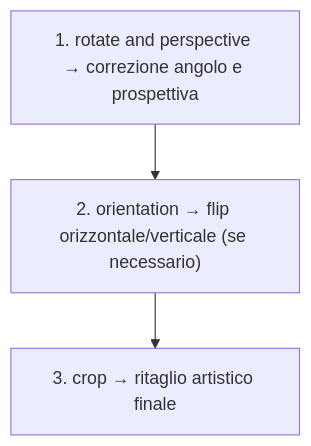
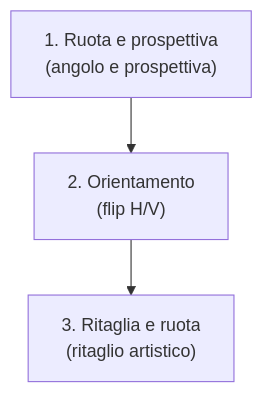
The diagram in docs/modules/crop-rotate.md (lorenzoperone/darktable-docs), drawn with Mermaid before and after one commit. The commit also changed 40 other files, not shown here.

First line of the commit message:
fix: reformatta diagrammi Mermaid — etichette brevi, break line, italiano

````diff
--- a/docs/modules/crop-rotate.md
+++ b/docs/modules/crop-rotate.md
@@ -25,4 +25,4 @@
 ```mermaid
 flowchart TD
-    A["1. rotate and perspective → correzione angolo e prospettiva"] --> B["2. orientation → flip orizzontale/verticale (se necessario)"] --> C["3. crop → ritaglio artistico finale"]
+    A["1. Ruota e prospettiva<br/>(angolo e prospettiva)"] --> B["2. Orientamento<br/>(flip H/V)"] --> C["3. Ritaglia e ruota<br/>(ritaglio artistico)"]
 ```
````
